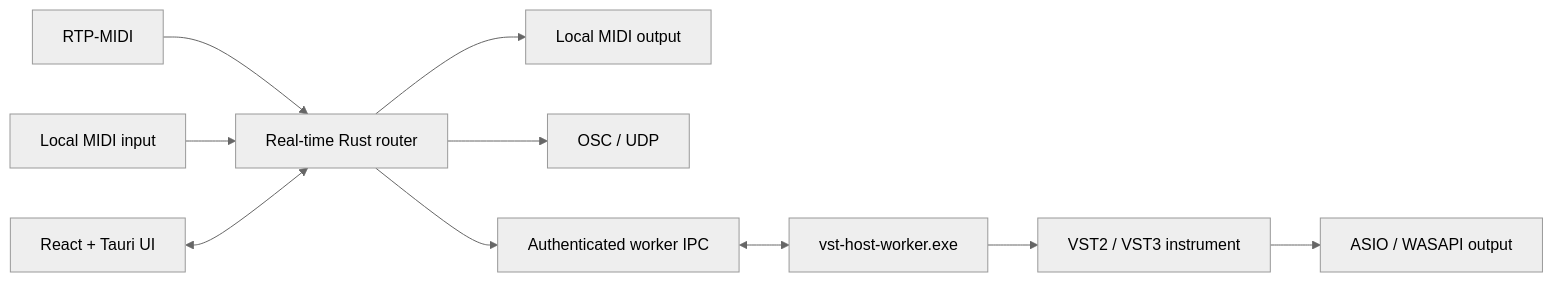
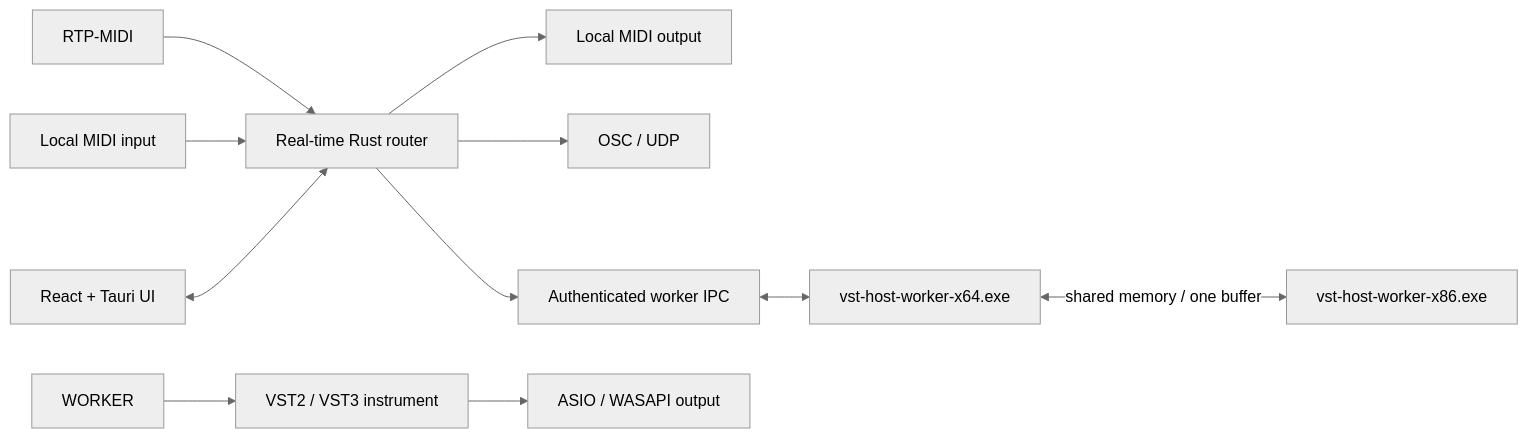
One commit to GoulagmanYt/RTP-OSC-Midi-tool changed the diagram in README.md. Above: the diagram before and after it, drawn with Mermaid (neutral theme). The commit also changed other lines of this file and 5 other files, not shown here.

First line of the commit message:
build(windows): support multi-architecture VST worker sidecars and update docs

````diff
--- a/README.md
+++ b/README.md
@@ -79,14 +79,15 @@
 ```mermaid
 flowchart LR
     RTP[RTP-MIDI] --> ROUTER[Real-time Rust router]
     MIDI[Local MIDI input] --> ROUTER
     UI[React + Tauri UI] <--> ROUTER
 
     ROUTER --> THRU[Local MIDI output]
     ROUTER --> OSC[OSC / UDP]
     ROUTER --> IPC[Authenticated worker IPC]
 
-    IPC <--> WORKER[vst-host-worker.exe]
+    IPC <--> WORKER64[vst-host-worker-x64.exe]
+    WORKER64 <-- shared memory / one buffer --> WORKER32[vst-host-worker-x86.exe]
     WORKER --> VST[VST2 / VST3 instrument]
     VST --> AUDIO[ASIO / WASAPI output]
 ```
````
